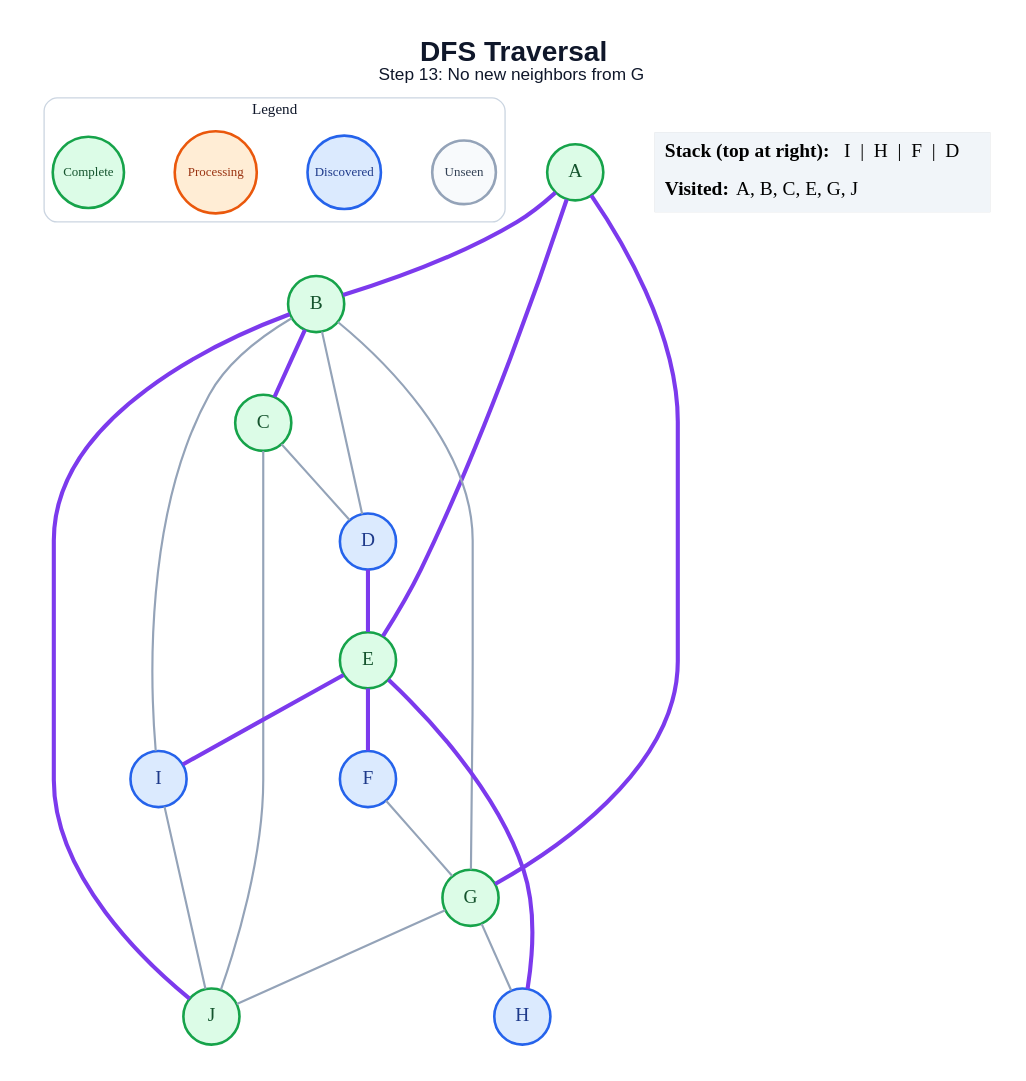
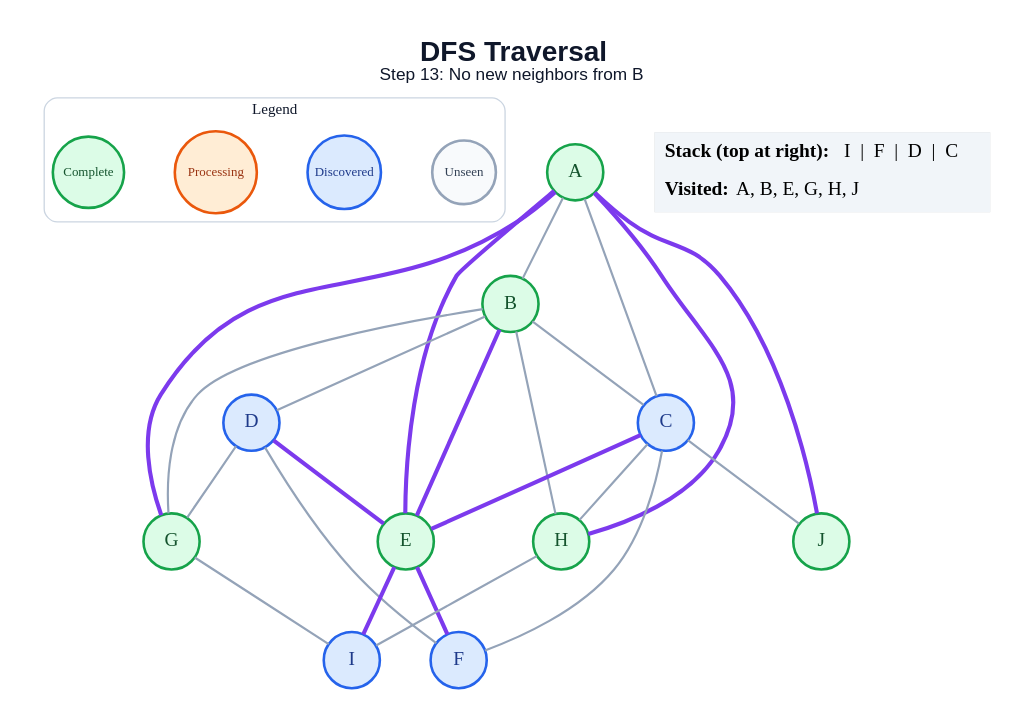
The diagram in generated/specific-node/dfs/step_13.dot (anon7238593-create/ai-slop), drawn with Graphviz before and after one commit. The commit also changed 179 other files, not shown here.

```diff
--- a/generated/specific-node/dfs/step_13.dot
+++ b/generated/specific-node/dfs/step_13.dot
@@ -1,47 +1,51 @@
 graph traversal {
   graph [layout=dot, rankdir=TB, bgcolor="#FFFFFF", pad="0.35", nodesep="0.65", ranksep="0.8", fontname="Arial"];
   node [shape=circle, style="filled", fontname="Arial Bold", fontsize=18, width=0.72, fixedsize=true, penwidth=2.4];
   edge [color="#94A3B8", penwidth=2.0];
-  label=<<B>DFS Traversal</B><BR/><FONT POINT-SIZE="16">Step 13: No new neighbors from G</FONT>>; labelloc="t"; fontsize=26; fontname="Arial"; fontcolor="#0F172A";
+  label=<<B>DFS Traversal</B><BR/><FONT POINT-SIZE="16">Step 13: No new neighbors from B</FONT>>; labelloc="t"; fontsize=26; fontname="Arial"; fontcolor="#0F172A";
   subgraph cluster_legend { label="Legend"; color="#CBD5E1"; penwidth=1.2; style="rounded"; fontsize=14; fontname="Arial Bold";
     key_unseen [label="Unseen", fillcolor="#F8FAFC", color="#94A3B8", fontcolor="#334155", fontsize=12, width=0.82];
     key_frontier [label="Discovered", fillcolor="#DBEAFE", color="#2563EB", fontcolor="#1E3A8A", fontsize=12, width=0.95];
     key_current [label="Processing", fillcolor="#FFEDD5", color="#EA580C", fontcolor="#9A3412", fontsize=12, width=1.05];
     key_done [label="Complete", fillcolor="#DCFCE7", color="#16A34A", fontcolor="#14532D", fontsize=12, width=0.92];
     { rank=same; key_unseen; key_frontier; key_current; key_done; }
   }
   A [fillcolor="#DCFCE7", color="#16A34A", fontcolor="#14532D"];
   B [fillcolor="#DCFCE7", color="#16A34A", fontcolor="#14532D"];
-  C [fillcolor="#DCFCE7", color="#16A34A", fontcolor="#14532D"];
+  C [fillcolor="#DBEAFE", color="#2563EB", fontcolor="#1E3A8A"];
   D [fillcolor="#DBEAFE", color="#2563EB", fontcolor="#1E3A8A"];
   E [fillcolor="#DCFCE7", color="#16A34A", fontcolor="#14532D"];
   F [fillcolor="#DBEAFE", color="#2563EB", fontcolor="#1E3A8A"];
   G [fillcolor="#DCFCE7", color="#16A34A", fontcolor="#14532D"];
-  H [fillcolor="#DBEAFE", color="#2563EB", fontcolor="#1E3A8A"];
+  H [fillcolor="#DCFCE7", color="#16A34A", fontcolor="#14532D"];
   I [fillcolor="#DBEAFE", color="#2563EB", fontcolor="#1E3A8A"];
   J [fillcolor="#DCFCE7", color="#16A34A", fontcolor="#14532D"];
-  A -- B [color="#7C3AED", penwidth=3.8];
+  A -- B;
+  A -- C;
   A -- E [color="#7C3AED", penwidth=3.8];
   A -- G [color="#7C3AED", penwidth=3.8];
-  B -- C [color="#7C3AED", penwidth=3.8];
+  A -- H [color="#7C3AED", penwidth=3.8];
+  A -- J [color="#7C3AED", penwidth=3.8];
+  B -- C;
   B -- D;
+  B -- E [color="#7C3AED", penwidth=3.8];
   B -- G;
-  B -- I;
-  B -- J [color="#7C3AED", penwidth=3.8];
-  C -- D;
+  B -- H;
+  C -- E [color="#7C3AED", penwidth=3.8];
+  C -- F;
+  C -- H;
   C -- J;
   D -- E [color="#7C3AED", penwidth=3.8];
+  D -- F;
+  D -- G;
   E -- F [color="#7C3AED", penwidth=3.8];
-  E -- H [color="#7C3AED", penwidth=3.8];
   E -- I [color="#7C3AED", penwidth=3.8];
-  F -- G;
-  G -- H;
-  G -- J;
-  I -- J;
+  G -- I;
+  H -- I;
   status [shape=plain, fixedsize=false, width=0, height=0, margin=0, label=<
     <TABLE BORDER="0" CELLBORDER="0" CELLPADDING="7" BGCOLOR="#F1F5F9">
-      <TR><TD ALIGN="LEFT"><B>Stack (top at right):</B> I  |  H  |  F  |  D</TD></TR>
-      <TR><TD ALIGN="LEFT"><B>Visited:</B> A, B, C, E, G, J</TD></TR>
+      <TR><TD ALIGN="LEFT"><B>Stack (top at right):</B> I  |  F  |  D  |  C</TD></TR>
+      <TR><TD ALIGN="LEFT"><B>Visited:</B> A, B, E, G, H, J</TD></TR>
     </TABLE>
   >];
 }
```
